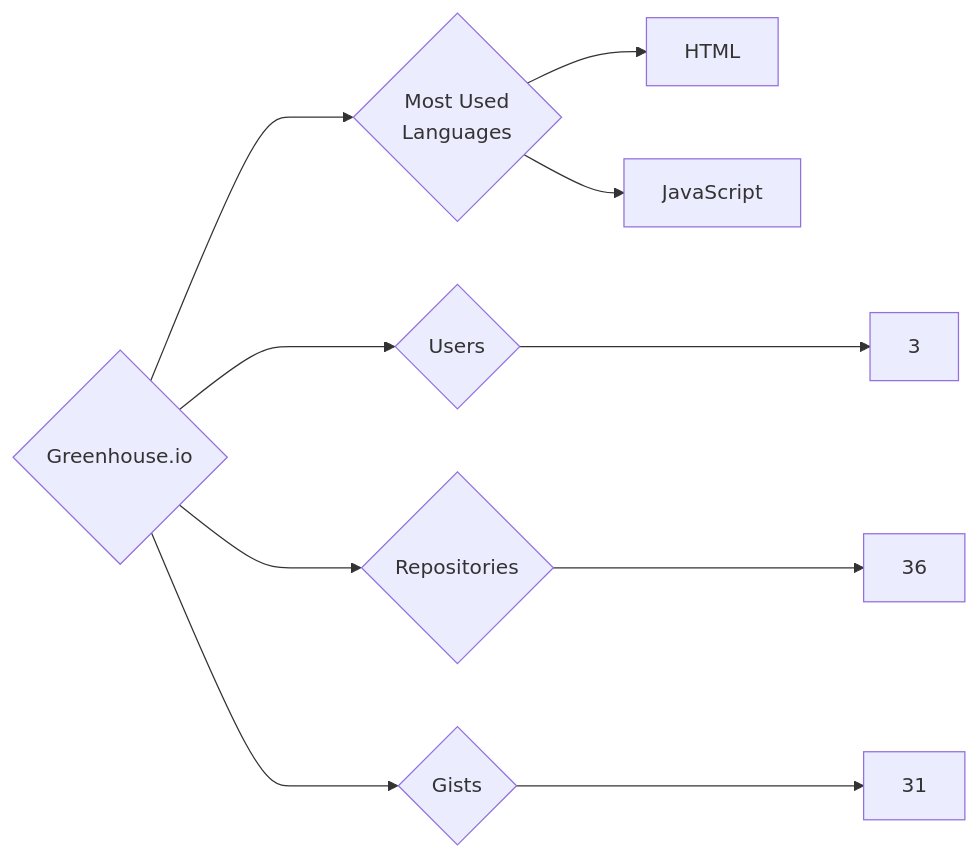
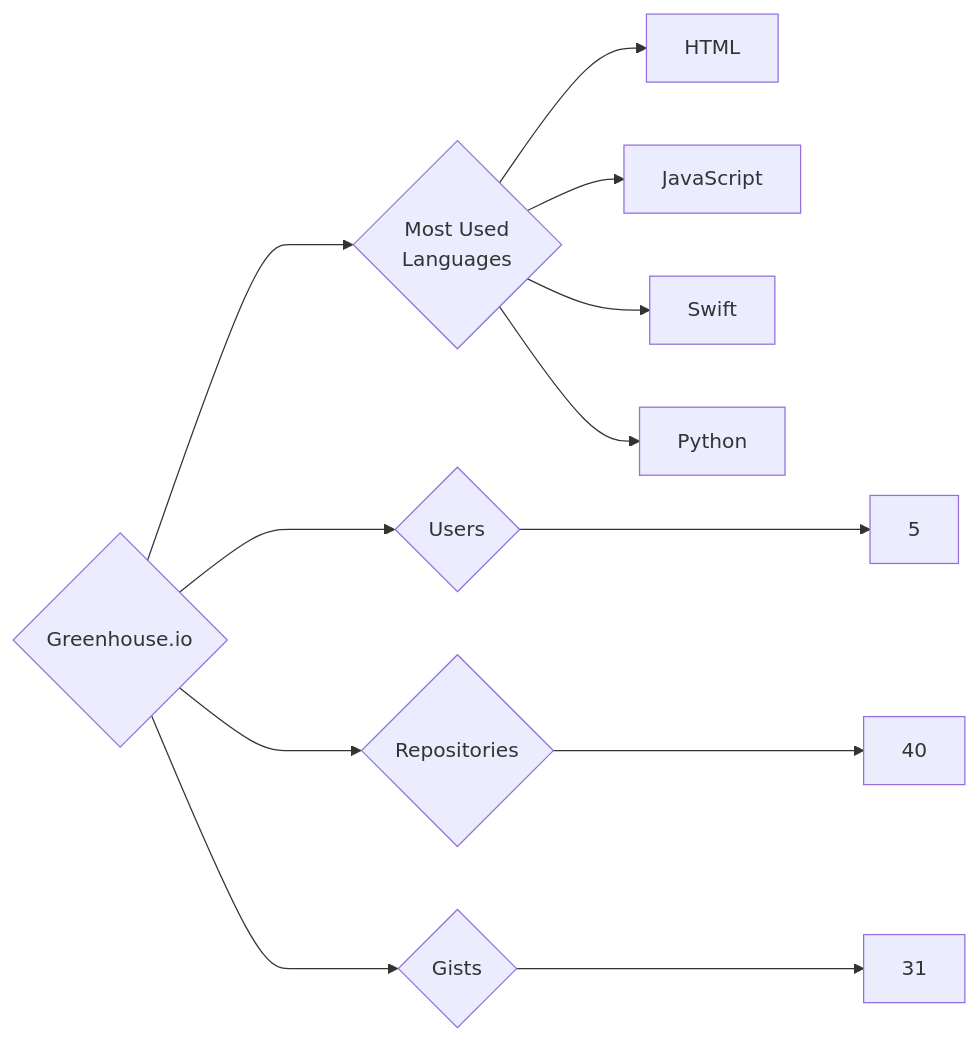
The diagram in targets/Greenhouse.io/README.md (trickest/insiders), drawn with Mermaid before and after one commit. The commit also changed 938 other files, not shown here.

````diff
--- a/targets/Greenhouse.io/README.md
+++ b/targets/Greenhouse.io/README.md
@@ -3,10 +3,12 @@
 ```mermaid
 graph LR
 COMPANY_NAME{Greenhouse.io}
-COMPANY_NAME ---> U{Users} ---> UN[3]
-COMPANY_NAME ---> R{Repositories} ---> RN[36]
+COMPANY_NAME ---> U{Users} ---> UN[5]
+COMPANY_NAME ---> R{Repositories} ---> RN[40]
 COMPANY_NAME ---> G{Gists} ---> GN[31]
 COMPANY_NAME ---> ML{Most Used<br>Languages}
 ML --> HTML[HTML]
 ML --> JavaScript[JavaScript]
+ML --> Swift[Swift]
+ML --> Python[Python]
 ```
````
